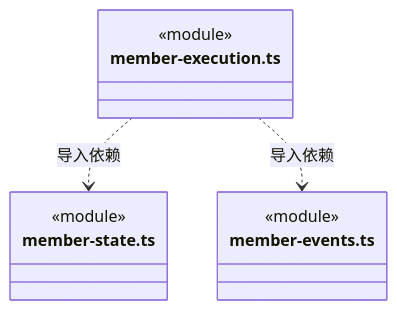
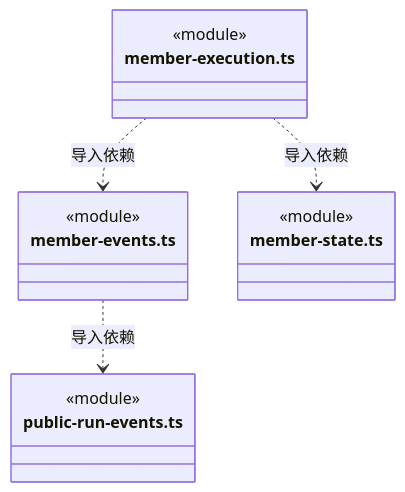
Before and after one commit to nan023062/cbim: diagram 25 of 28 in src/backend/scheduler-engine/execution/ARCHITECTURE.md, drawn with Mermaid. The commit also changed other lines of this file and 36 other files, not shown here.

````diff
--- a/src/backend/scheduler-engine/execution/ARCHITECTURE.md
+++ b/src/backend/scheduler-engine/execution/ARCHITECTURE.md
@@ -602,14 +663,18 @@
 ```mermaid
 classDiagram
+class N_src_backend_scheduler_engine_execution_member_events_ts["member-events.ts"] {
+  <<module>>
+}
+class N_src_backend_scheduler_engine_execution_public_run_events_ts["public-run-events.ts"] {
+  <<module>>
+}
 class N_src_backend_scheduler_engine_execution_member_execution_ts["member-execution.ts"] {
   <<module>>
 }
 class N_src_backend_scheduler_engine_execution_member_state_ts["member-state.ts"] {
   <<module>>
 }
-class N_src_backend_scheduler_engine_execution_member_events_ts["member-events.ts"] {
-  <<module>>
-}
+N_src_backend_scheduler_engine_execution_member_events_ts ..> N_src_backend_scheduler_engine_execution_public_run_events_ts : 导入依赖
 N_src_backend_scheduler_engine_execution_member_execution_ts ..> N_src_backend_scheduler_engine_execution_member_state_ts : 导入依赖
 N_src_backend_scheduler_engine_execution_member_execution_ts ..> N_src_backend_scheduler_engine_execution_member_events_ts : 导入依赖
 ```
````
